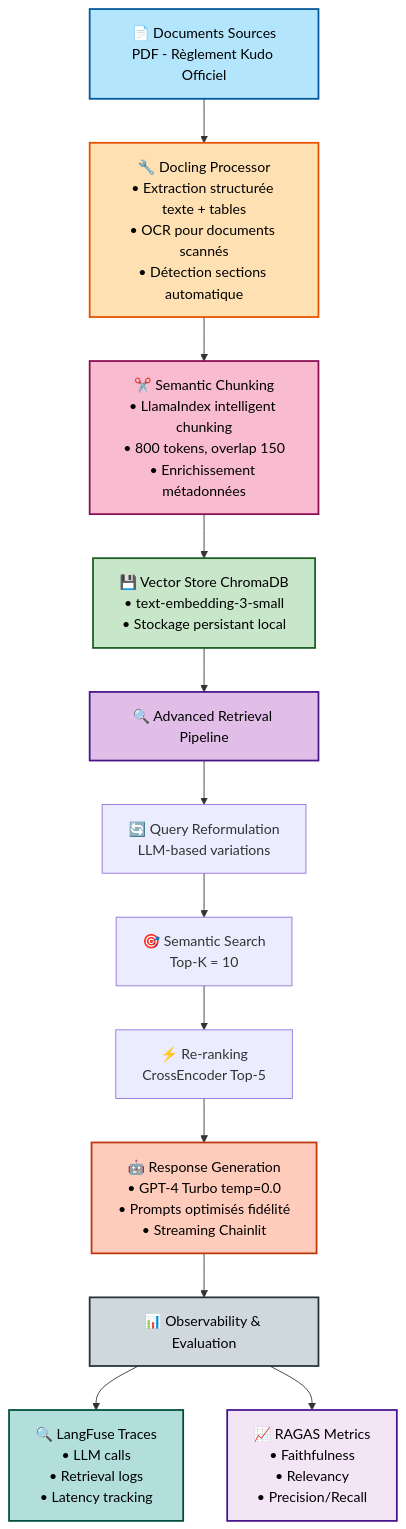
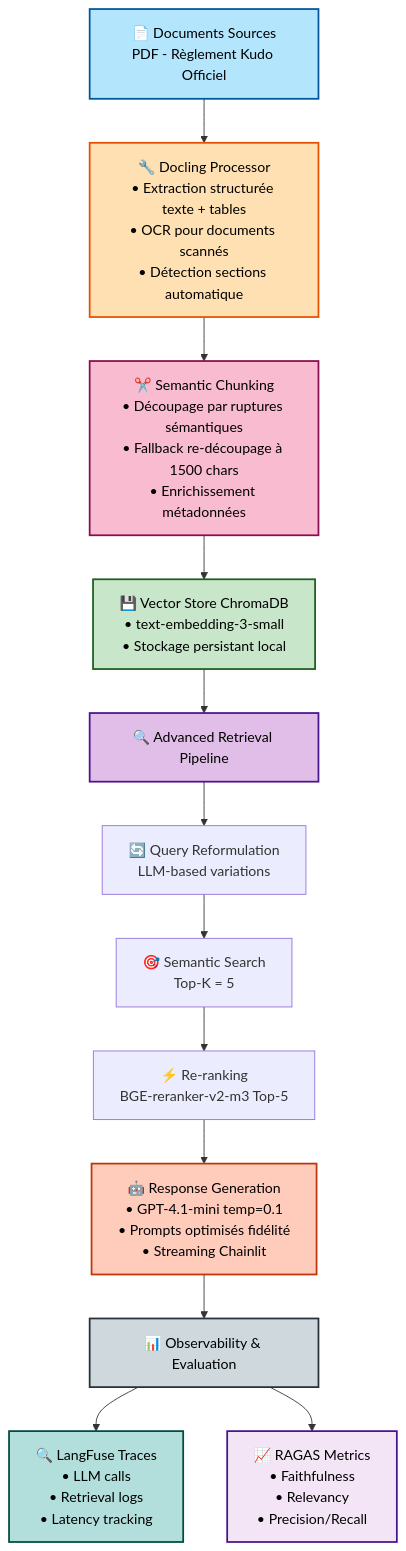
One commit to dlakisic/RAG-Kudo changed the diagram in README.md. Above: the diagram before and after it, drawn with Mermaid. The commit also changed other lines of this file, not shown here.

````diff
--- a/README.md
+++ b/README.md
@@ -25,31 +25,31 @@
 ```mermaid
 graph TB
     A[📄 Documents Sources<br/>PDF - Règlement Kudo Officiel] --> B[🔧 Docling Processor<br/>• Extraction structurée texte + tables<br/>• OCR pour documents scannés<br/>• Détection sections automatique]
 
-    B --> C[✂️ Semantic Chunking<br/>• LlamaIndex intelligent chunking<br/>• 800 tokens, overlap 150<br/>• Enrichissement métadonnées]
+    B --> C[✂️ Semantic Chunking<br/>• Découpage par ruptures sémantiques<br/>• Fallback re-découpage à 1500 chars<br/>• Enrichissement métadonnées]
 
     C --> D[💾 Vector Store ChromaDB<br/>• text-embedding-3-small<br/>• Stockage persistant local]
 
     D --> E[🔍 Advanced Retrieval Pipeline]
 
     E --> E1[🔄 Query Reformulation<br/>LLM-based variations]
-    E1 --> E2[🎯 Semantic Search<br/>Top-K = 10]
-    E2 --> E3[⚡ Re-ranking<br/>CrossEncoder Top-5]
+    E1 --> E2[🎯 Semantic Search<br/>Top-K = 5]
+    E2 --> E3[⚡ Re-ranking<br/>BGE-reranker-v2-m3 Top-5]
 
-    E3 --> F[🤖 Response Generation<br/>• GPT-4 Turbo temp=0.0<br/>• Prompts optimisés fidélité<br/>• Streaming Chainlit]
+    E3 --> F[🤖 Response Generation<br/>• GPT-4.1-mini temp=0.1<br/>• Prompts optimisés fidélité<br/>• Streaming Chainlit]
 
     F --> G[📊 Observability & Evaluation]
 
     G --> G1[🔍 LangFuse Traces<br/>• LLM calls<br/>• Retrieval logs<br/>• Latency tracking]
     G --> G2[📈 RAGAS Metrics<br/>• Faithfulness<br/>• Relevancy<br/>• Precision/Recall]
 
     style A fill:#b3e5fc,stroke:#01579b,stroke-width:2px,color:#000
     style B fill:#ffe0b2,stroke:#e65100,stroke-width:2px,color:#000
     style C fill:#f8bbd0,stroke:#880e4f,stroke-width:2px,color:#000
     style D fill:#c8e6c9,stroke:#1b5e20,stroke-width:2px,color:#000
     style E fill:#e1bee7,stroke:#4a148c,stroke-width:2px,color:#000
     style F fill:#ffccbc,stroke:#bf360c,stroke-width:2px,color:#000
     style G fill:#cfd8dc,stroke:#263238,stroke-width:2px,color:#000
     style G1 fill:#b2dfdb,stroke:#004d40,stroke-width:2px,color:#000
     style G2 fill:#f3e5f5,stroke:#4a148c,stroke-width:2px,color:#000
 ```
````
